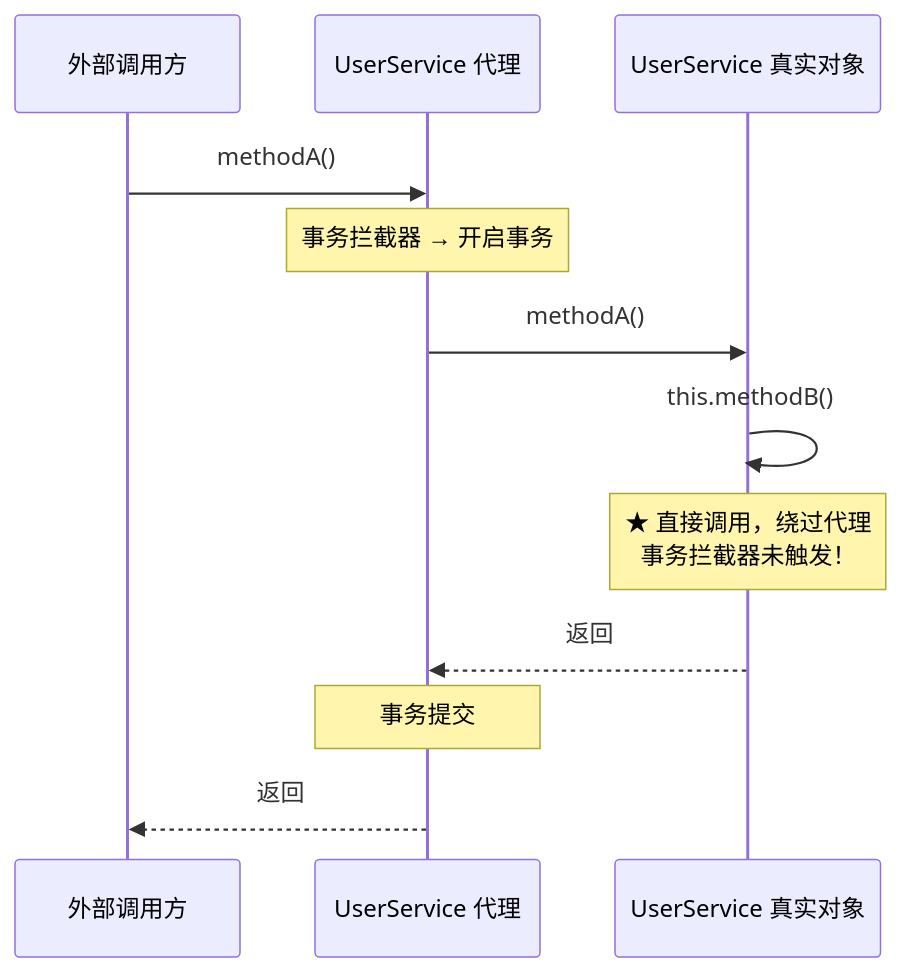
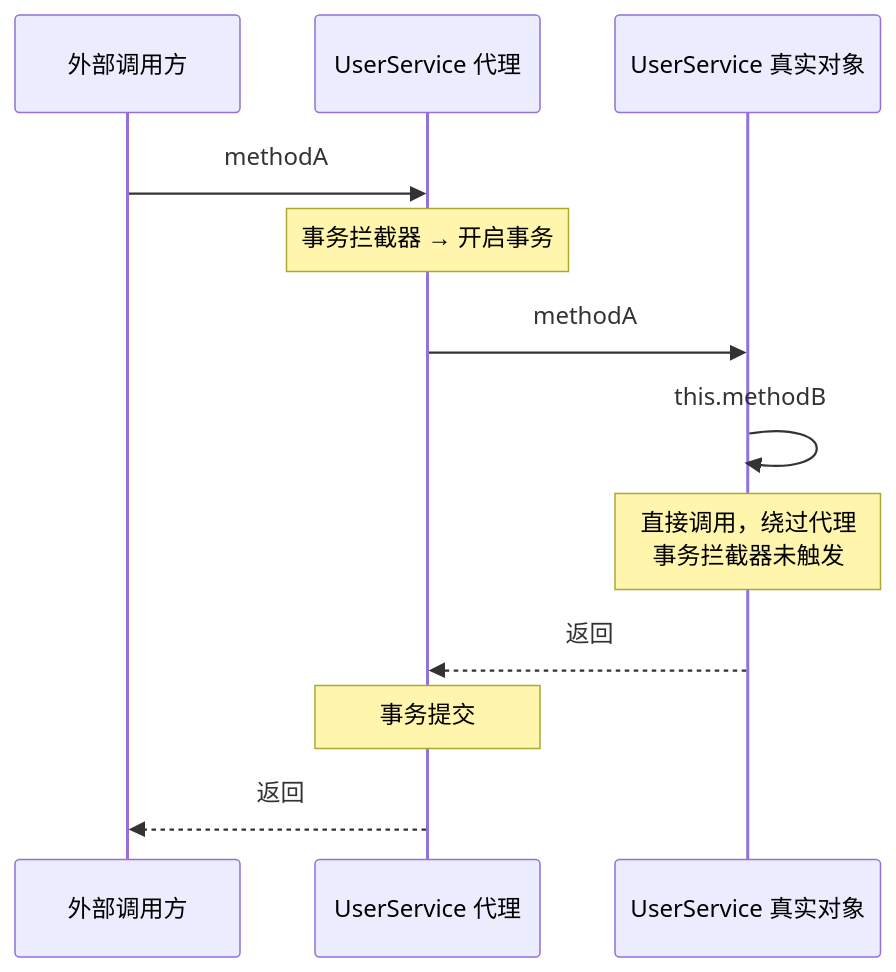
Diagram 36 of 40 in springboot-core-architecture.md (SilkLee/full-stack-guide), drawn with Mermaid before and after one commit. The commit also changed other lines of this file, not shown here.

Commit message:
Section 24: expand from 4 to 10 subsections - add IoC philosophy, BeanFactory vs ApplicationContext, @Configuration CGLIB, convention-over-configuration deep dive, FactoryBean, 20-year timeline

````diff
--- a/springboot-core-architecture.md
+++ b/springboot-core-architecture.md
@@ -2626,16 +2659,16 @@
 ```mermaid
 sequenceDiagram
     participant Caller as 外部调用方
     participant Proxy as UserService 代理
     participant Real as UserService 真实对象
 
-    Caller->>Proxy: methodA()
+    Caller->>Proxy: methodA
     Note over Proxy: 事务拦截器 → 开启事务
-    Proxy->>Real: methodA()
-    Real->>Real: this.methodB()
-    Note over Real: ★ 直接调用，绕过代理<br/>事务拦截器未触发！
+    Proxy->>Real: methodA
+    Real->>Real: this.methodB
+    Note over Real: 直接调用，绕过代理<br/>事务拦截器未触发
     
     Real-->>Proxy: 返回
     Note over Proxy: 事务提交
     Proxy-->>Caller: 返回
 ```
````
